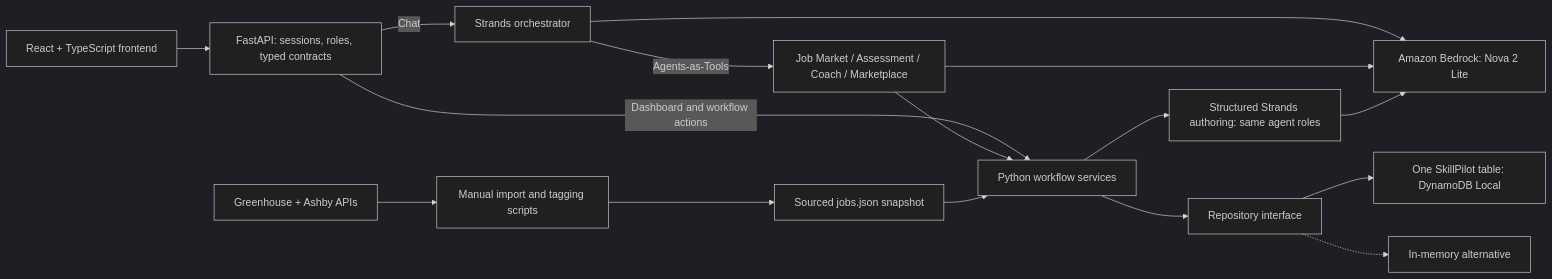
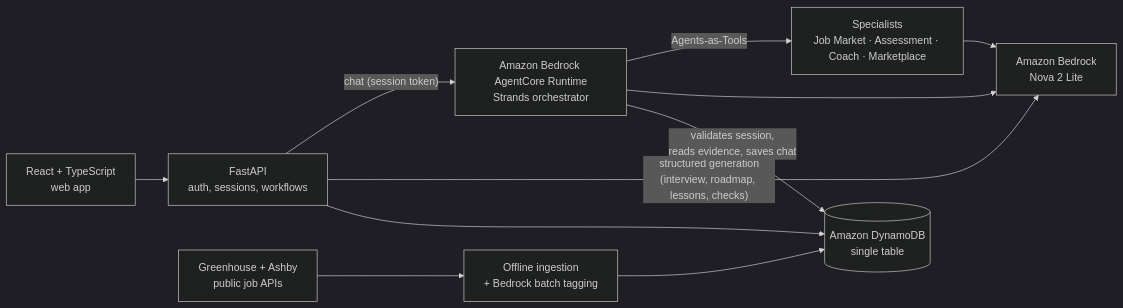
The diagram in README.md (imranpollob/CareerBuddy), drawn with Mermaid (dark theme) before and after one commit. The commit also changed other lines of this file and 11 other files, not shown here.

First line of the commit message:
feat: Integrate Amazon Bedrock AgentCore Runtime for chat processing

````diff
--- a/README.md
+++ b/README.md
@@ -83,18 +59,13 @@
 ```mermaid
 flowchart LR
-    UI["React + TypeScript frontend"] --> API["FastAPI: sessions, roles, typed contracts"]
-    API -->|Chat| O["Strands orchestrator"]
-    O -->|Agents-as-Tools| S["Job Market / Assessment / Coach / Marketplace"]
-    API -->|Dashboard and workflow actions| W["Python workflow services"]
-    S --> W
-    W --> G["Structured Strands authoring: same agent roles"]
-    O --> B["Amazon Bedrock: Nova 2 Lite"]
-    S --> B
-    G --> B
-    W --> R["Repository interface"]
-    R --> D["One SkillPilot table: DynamoDB Local"]
-    R -.-> M["In-memory alternative"]
-    J["Greenhouse + Ashby APIs"] --> I["Manual import and tagging scripts"]
-    I --> F["Sourced jobs.json snapshot"]
-    F --> W
+    UI["React + TypeScript<br/>web app"] --> API["FastAPI<br/>auth, sessions, workflows"]
+    API -->|"chat (session token)"| RT["Amazon Bedrock AgentCore Runtime<br/>Strands orchestrator"]
+    RT -->|Agents-as-Tools| SP["Specialists<br/>Job Market · Assessment · Coach · Marketplace"]
+    RT --> NOVA["Amazon Bedrock<br/>Nova 2 Lite"]
+    SP --> NOVA
+    API -->|"structured generation<br/>(interview, roadmap, lessons, checks)"| NOVA
+    API --> DDB[("Amazon DynamoDB<br/>single table")]
+    RT -->|"validates session,<br/>reads evidence, saves chat"| DDB
+    JOBS["Greenhouse + Ashby<br/>public job APIs"] --> ING["Offline ingestion<br/>+ Bedrock batch tagging"]
+    ING --> DDB
 ```
````
